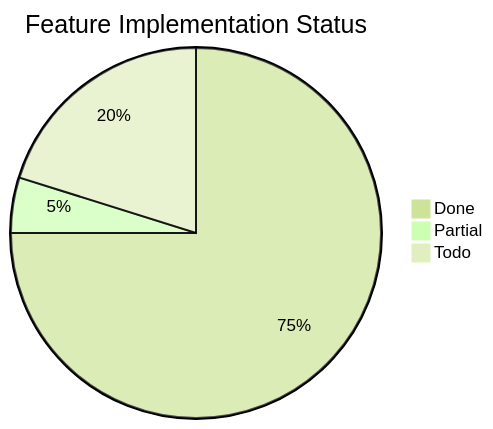
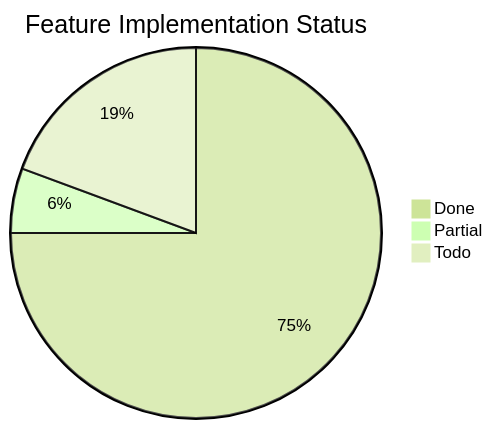
Before and after one commit to Papyrine/Morph: the third of 3 diagrams in docs/word-features.md, drawn with Mermaid (forest theme). The commit also changed other lines of this file and 14 other files, not shown here.

````diff
--- a/docs/word-features.md
+++ b/docs/word-features.md
@@ -1869,6 +1876,6 @@
 ```mermaid
 pie title Feature Implementation Status
     "Done" : 93
-    "Partial" : 6
-    "Todo" : 25
+    "Partial" : 7
+    "Todo" : 24
 ```
````
